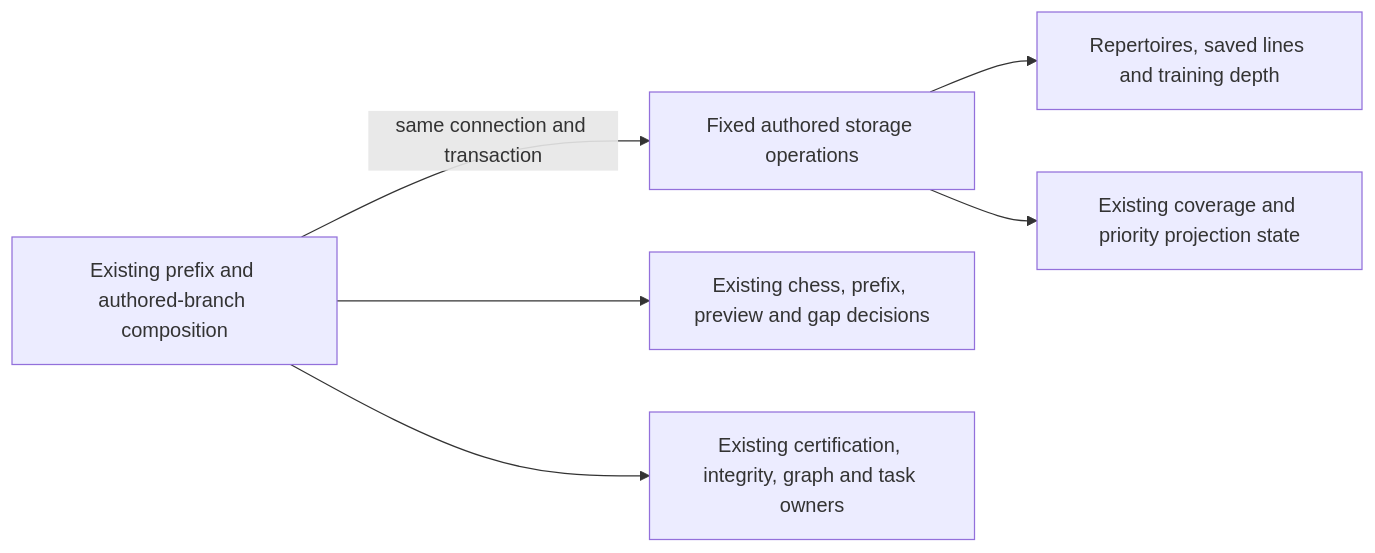
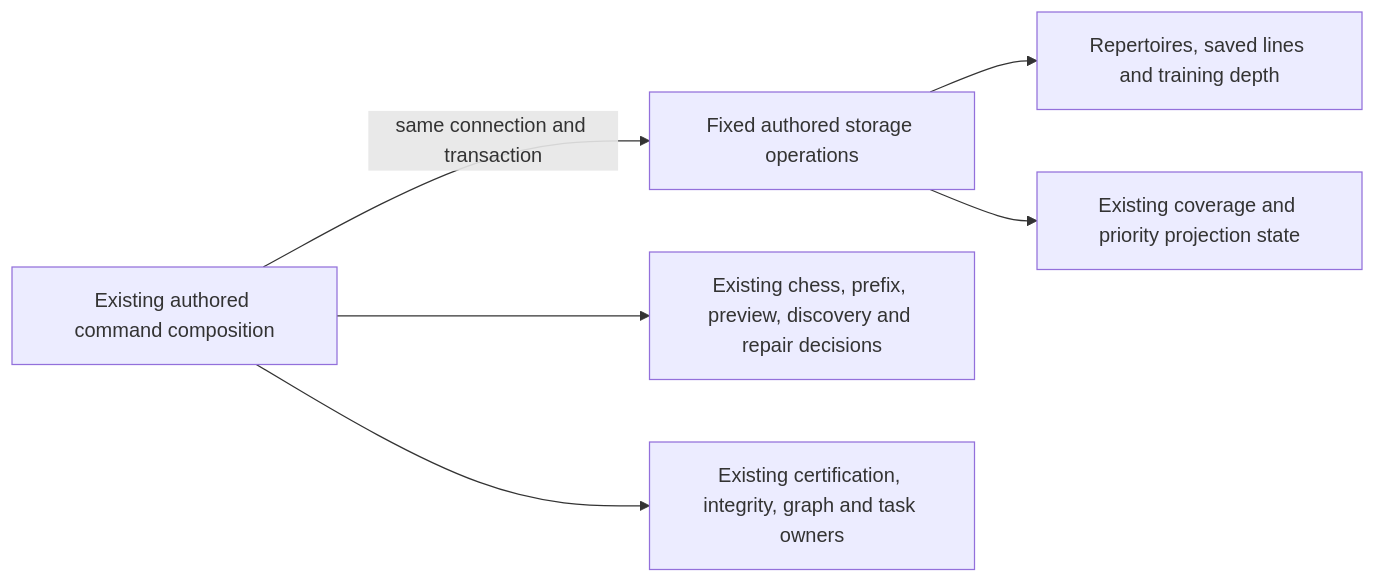
The diagram in database/tempo_legacy_database/adapters/authored_repertoires/README.md (aaweaver-actuary/tempo), drawn with Mermaid before and after one commit. The commit also changed other lines of this file and 7 other files, not shown here.

Commit message:
Centralize authored discovery and integrity repair command queries

````diff
--- a/database/tempo_legacy_database/adapters/authored_repertoires/README.md
+++ b/database/tempo_legacy_database/adapters/authored_repertoires/README.md
@@ -10,8 +12,8 @@
 ```mermaid
 flowchart LR
-  command[Existing prefix and authored-branch composition] -->|same connection and transaction| storage[Fixed authored storage operations]
-  command --> validation[Existing chess, prefix, preview and gap decisions]
+  command[Existing authored command composition] -->|same connection and transaction| storage[Fixed authored storage operations]
+  command --> validation[Existing chess, prefix, preview, discovery and repair decisions]
   storage --> source[Repertoires, saved lines and training depth]
   storage --> derived[Existing coverage and priority projection state]
   command --> callbacks[Existing certification, integrity, graph and task owners]
 ```
````
